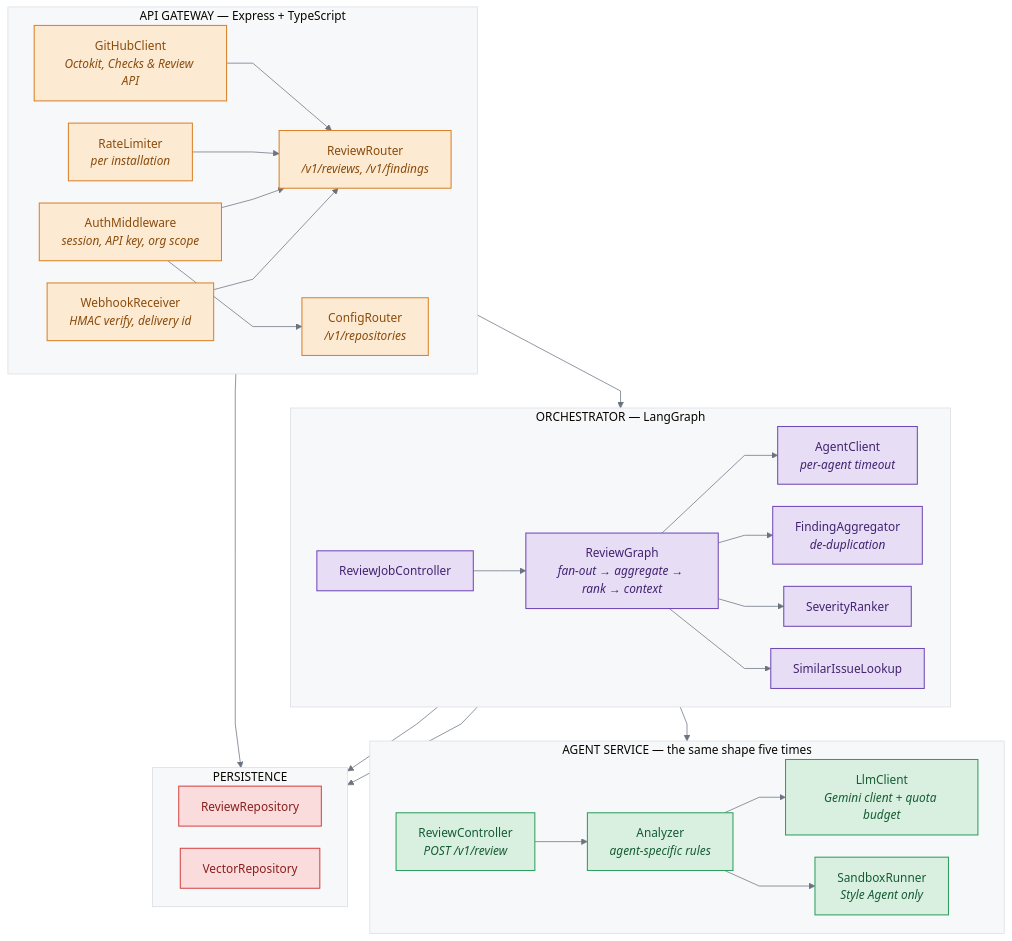
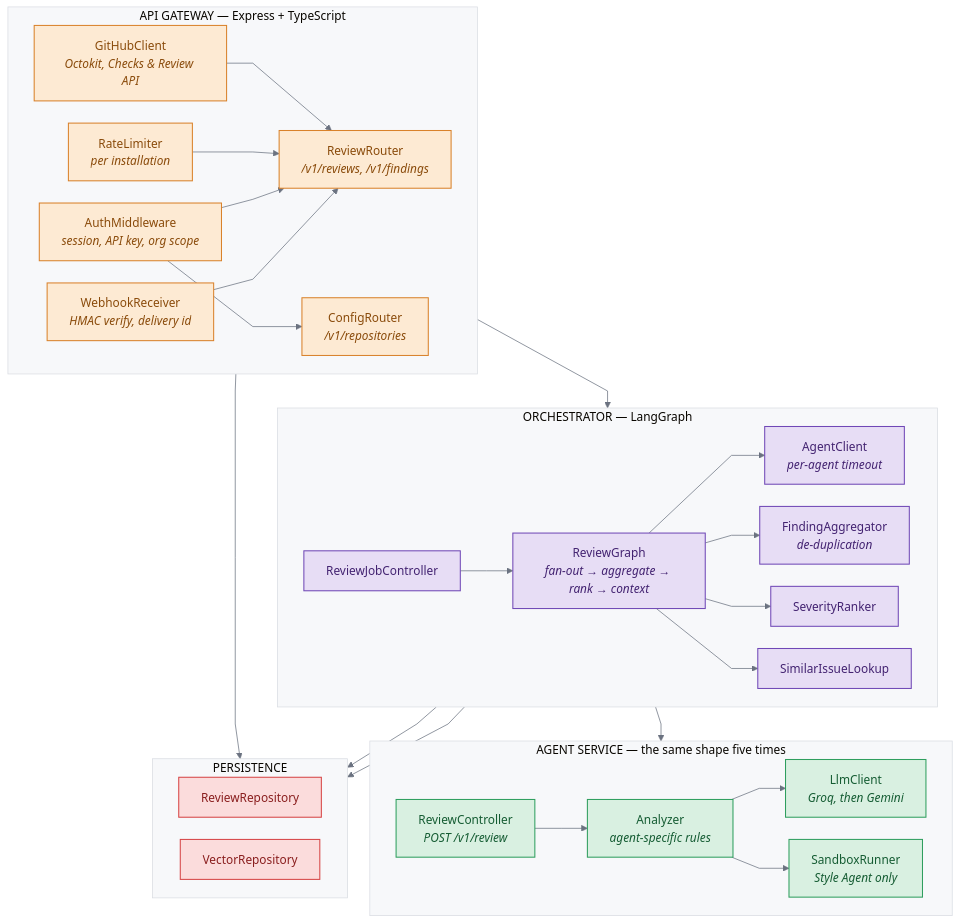
Before and after one commit to sumit-0804/Code-Sentinel: the diagram in docs/design/diagrams/mermaid/component.mmd, drawn with Mermaid. The commit also changed 13 other files, not shown here.

```diff
--- a/docs/design/diagrams/mermaid/component.mmd
+++ b/docs/design/diagrams/mermaid/component.mmd
@@ -1,72 +1,72 @@
 %%{init: {"theme":"base","themeVariables":{"lineColor":"#6b7280","primaryTextColor":"#1a1a1a"},"flowchart":{"curve":"linear","nodeSpacing":30,"rankSpacing":46}} }%%
 flowchart TB
 
     subgraph GWS["API GATEWAY — Express + TypeScript  "]
         direction LR
         WHR["WebhookReceiver<br/><i>HMAC verify, delivery id</i>"]
         AUTH["AuthMiddleware<br/><i>session, API key, org scope</i>"]
         RL["RateLimiter<br/><i>per installation</i>"]
         RT["ReviewRouter<br/><i>/v1/reviews, /v1/findings</i>"]
         CFG["ConfigRouter<br/><i>/v1/repositories</i>"]
         GHC["GitHubClient<br/><i>Octokit, Checks & Review API</i>"]
     end
 
     subgraph ORS["ORCHESTRATOR — LangGraph  "]
         direction LR
         JOB["ReviewJobController"]
         GRAPH["ReviewGraph<br/><i>fan-out → aggregate → rank → context</i>"]
         AC["AgentClient<br/><i>per-agent timeout</i>"]
         AGG["FindingAggregator<br/><i>de-duplication</i>"]
         RANK["SeverityRanker"]
         SIM["SimilarIssueLookup"]
     end
 
     subgraph AGS["AGENT SERVICE — the same shape five times  "]
         direction LR
         API["ReviewController<br/><i>POST /v1/review</i>"]
         ANA["Analyzer<br/><i>agent-specific rules</i>"]
-        LLMC["LlmClient<br/><i>Gemini client + quota budget</i>"]
+        LLMC["LlmClient<br/><i>Groq, then Gemini</i>"]
         SBX["SandboxRunner<br/><i>Style Agent only</i>"]
     end
 
     subgraph PERS["PERSISTENCE  "]
         direction LR
         REPO["ReviewRepository"]
         VEC["VectorRepository"]
     end
 
     WHR --> RT
     AUTH --> RT
     AUTH --> CFG
     RL --> RT
     RT --> JOB
     CFG --> REPO
     GHC --> RT
 
     JOB --> GRAPH
     GRAPH --> AC
     GRAPH --> AGG
     GRAPH --> RANK
     GRAPH --> SIM
     AC --> API
     SIM --> VEC
     GRAPH --> REPO
 
     API --> ANA
     ANA --> LLMC
     ANA --> SBX
 
     classDef gateway  fill:#fdead3,stroke:#d9822b,stroke-width:1.4px,color:#8a4b0b
     classDef orchestr fill:#e7ddf5,stroke:#7048b6,stroke-width:1.4px,color:#432371
     classDef agent    fill:#d9f0e1,stroke:#2f9e5e,stroke-width:1.4px,color:#155c33
     classDef data     fill:#fbdcdc,stroke:#d64545,stroke-width:1.4px,color:#8a1f1f
 
     class WHR,AUTH,RL,RT,CFG,GHC gateway
     class JOB,GRAPH,AC,AGG,RANK,SIM orchestr
     class API,ANA,LLMC,SBX agent
     class REPO,VEC data
 
     style GWS  fill:#f7f8fa,stroke:#d9dce2
     style ORS  fill:#f7f8fa,stroke:#d9dce2
     style AGS  fill:#f7f8fa,stroke:#d9dce2
     style PERS fill:#f7f8fa,stroke:#d9dce2
```
